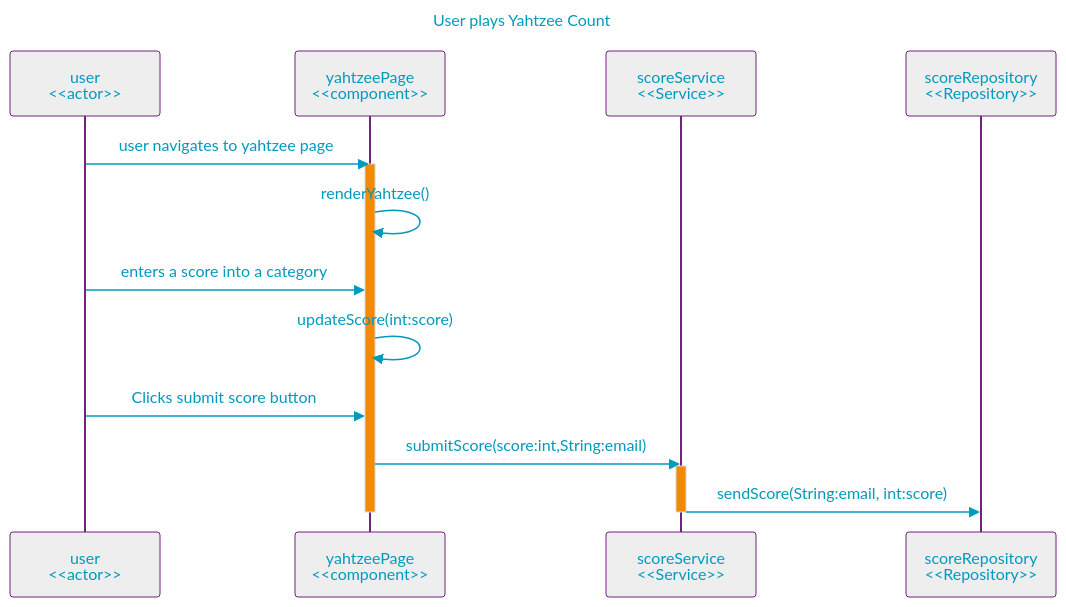
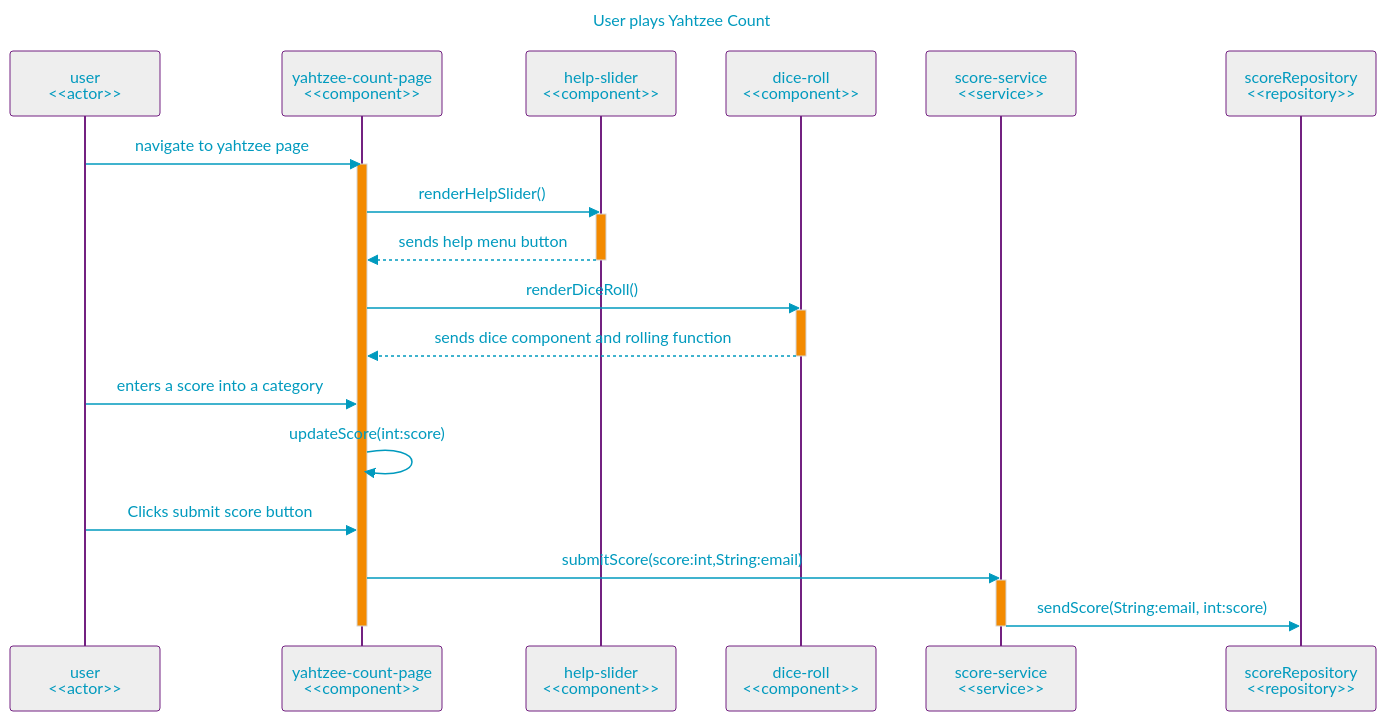
Before and after one commit to null-0ne/COSA-195-Gamehub: the diagram in uml/seq-story8.md, drawn with Mermaid. The commit also changed 3 other files, not shown here.

Commit message:
Sequence diagram updated

````diff
--- a/uml/seq-story8.md
+++ b/uml/seq-story8.md
@@ -3,41 +3,51 @@
 ```mermaid
 %%{init:{"securityLevel":"loose","layout":"elk","elk":{"nodePlacementStrategy":"NETWORK_SIMPLEX"},"theme":"base",
 "themeVariables":{"primaryColor":"#EEE","primaryTextColor":"#009ABE","primaryBorderColor":"#732181","lineColor":"#009ABE","noteBorderColor":"#732181","noteBkgColor":"#F38A00","activationBkgColor":"#F38A00"    }
 }}%%
 %%----------------------- MERMAID MARKUP BELOW --------------------%%
 
 
 sequenceDiagram
 title: User plays Yahtzee Count
 
 participant u as user<br><<actor>>
-participant p as yahtzeePage<br><<component>>
-participant scoreSvc as scoreService<br><<Service>>
-participant scoreRepo as scoreRepository<br><<Repository>>
+participant p as yahtzee-count-page<br><<component>>
+participant help as help-slider<br><<component>>
+participant dice as dice-roll<br><<component>>
+participant scoreSvc as score-service<br><<service>>
+participant scoreRepo as scoreRepository<br><<repository>>
 
-u->>p: user navigates to yahtzee page
+u->>p: navigate to yahtzee page
 activate p
 
-p->>p: renderYahtzee()
+p->>help: renderHelpSlider()
+activate help
 
+help-->>p: sends help menu button
+deactivate help
+
+p->>dice: renderDiceRoll()
+activate dice
+dice-->>p: sends dice component and rolling function
+deactivate dice
 
 u->>p: enters a score into a category
 
 p->>p: updateScore(int:score)
 
 u->>p: Clicks submit score button
 
 
 p->>scoreSvc: submitScore(score:int,String:email)
 
 activate scoreSvc
 scoreSvc->>scoreRepo: sendScore(String:email, int:score)
 deactivate scoreSvc
 deactivate p
 
 
 
 
 
 %%----------------------- MERMAID MARKUP ABOVE --------------------%%
 ```
````
